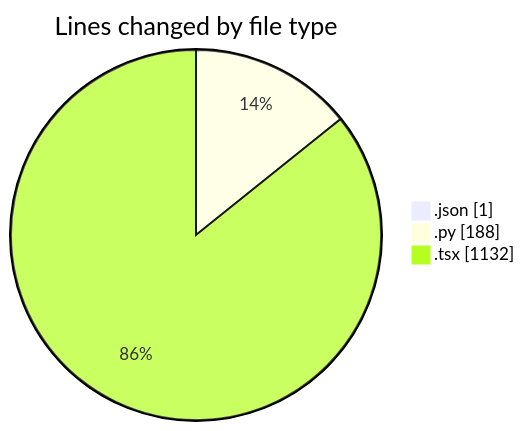
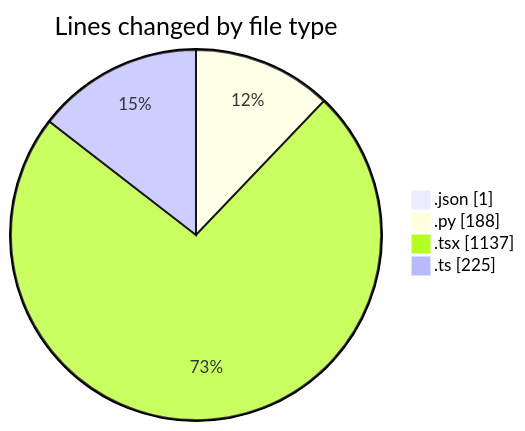
The first of 2 diagrams in 2025-10-06/eventscop-frontend-guide__workspace_/README.md (julien-gomy/code-tracking), drawn with Mermaid before and after one commit. The commit also changed other lines of this file and 1 other file, not shown here.

````diff
--- a/2025-10-06/eventscop-frontend-guide__workspace_/README.md
+++ b/2025-10-06/eventscop-frontend-guide__workspace_/README.md
@@ -24,7 +25,8 @@
 ```mermaid
 pie showData
 title Lines changed by file type
 ".json" : 1
 ".py" : 188
-".tsx" : 1132
+".tsx" : 1137
+".ts" : 225
 ```
````
